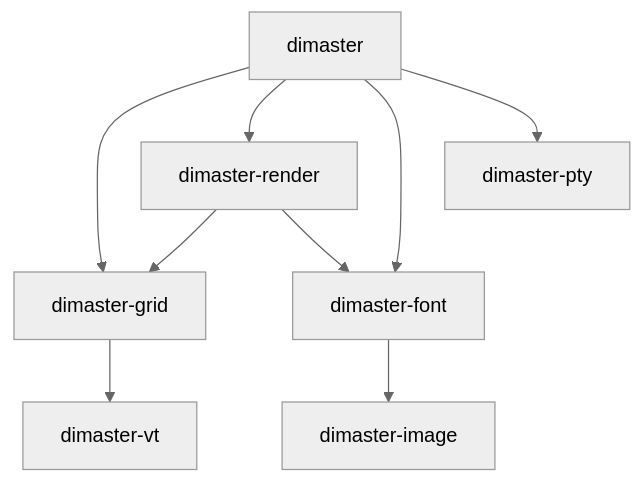
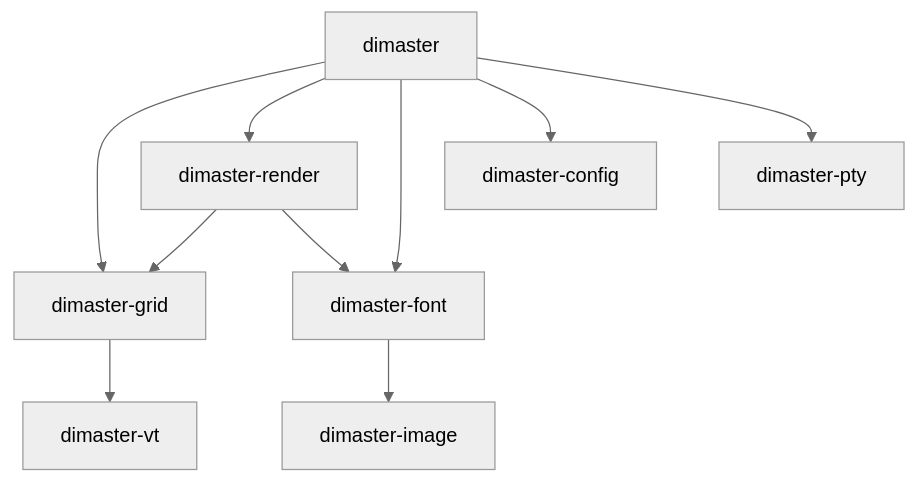
Before and after one commit to Utkautka1/DimaSter: the first of 3 diagrams in docs/UML.md, drawn with Mermaid (neutral theme). The commit also changed other lines of this file and 2 other files, not shown here.

Commit message:
docs: настройки в README, UML и заметках

````diff
--- a/docs/UML.md
+++ b/docs/UML.md
@@ -5,11 +5,12 @@
 ```mermaid
 graph TD
     app[dimaster] --> grid[dimaster-grid]
     app --> render[dimaster-render]
     app --> font[dimaster-font]
     render --> grid
     render --> font
     font --> image[dimaster-image]
+    app --> config[dimaster-config]
     app --> pty[dimaster-pty]
     grid --> vt[dimaster-vt]
 ```
````
